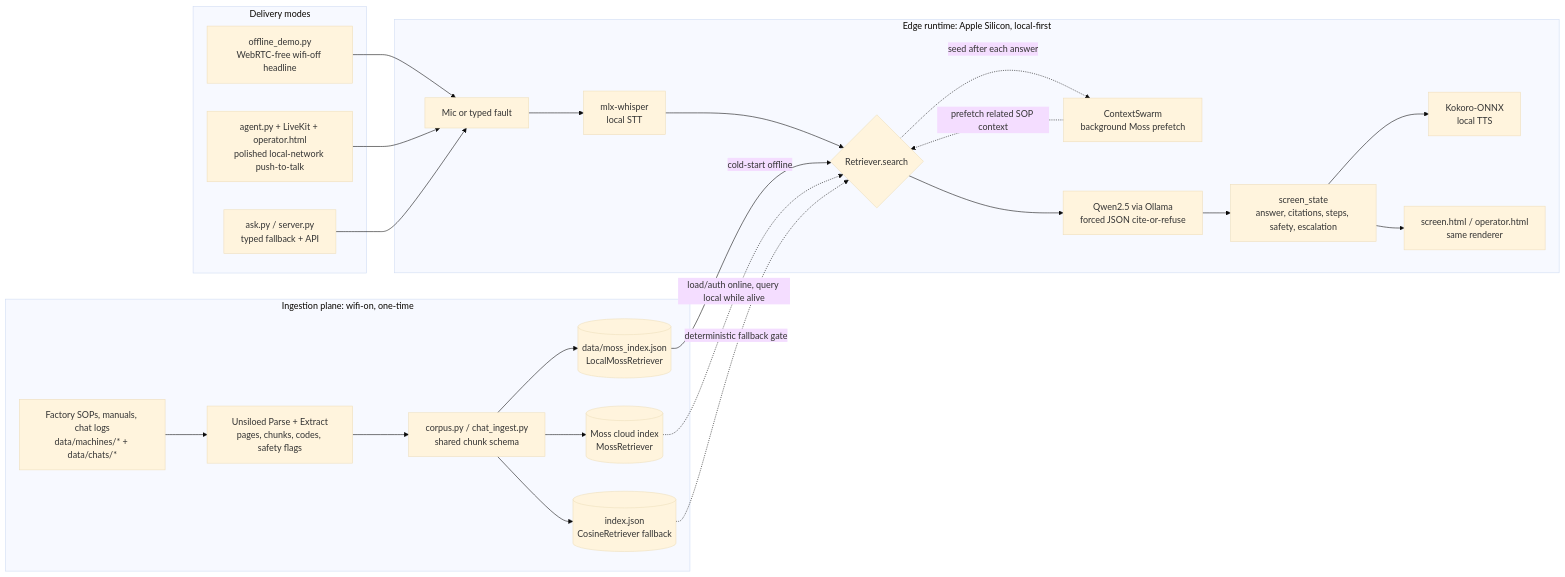
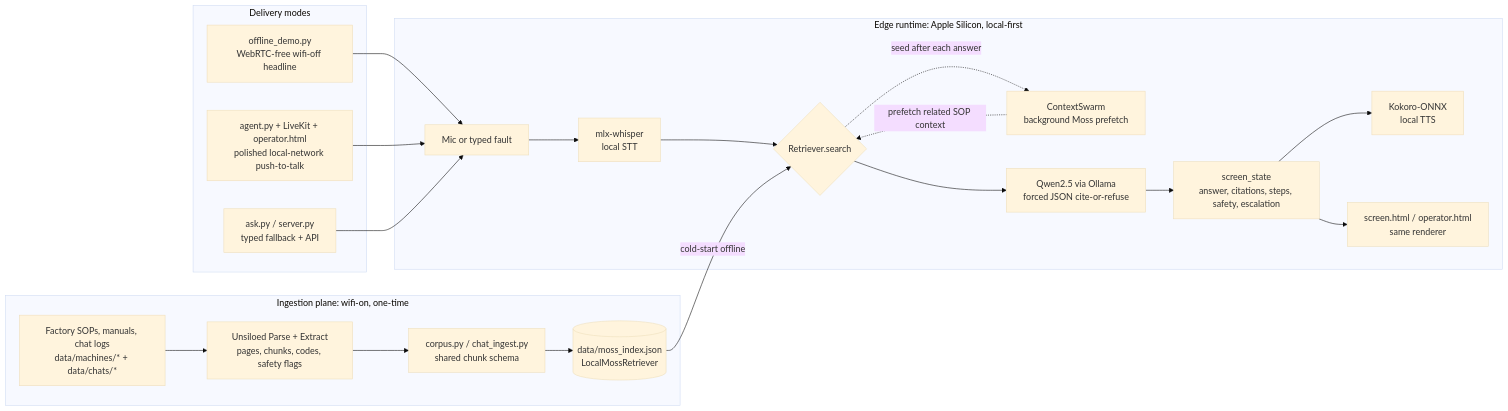
One commit to J4Joshua/manuaI changed the diagram in README.md. Above: the diagram before and after it, drawn with Mermaid (base theme).

Commit message:
update readme again

````diff
--- a/README.md
+++ b/README.md
@@ -26,44 +26,40 @@
 ```mermaid
 flowchart LR
   subgraph ING["Ingestion plane: wifi-on, one-time"]
     DOCS["Factory SOPs, manuals, chat logs<br/>data/machines/* + data/chats/*"]
     UNS["Unsiloed Parse + Extract<br/>pages, chunks, codes, safety flags"]
     CORPUS["corpus.py / chat_ingest.py<br/>shared chunk schema"]
     DOCS --> UNS --> CORPUS
     CORPUS --> LOCAL_MOSS[("data/moss_index.json<br/>LocalMossRetriever")]
-    CORPUS --> CLOUD_MOSS[("Moss cloud index<br/>MossRetriever")]
-    CORPUS --> COSINE[("index.json<br/>CosineRetriever fallback")]
   end
 
   subgraph EDGE["Edge runtime: Apple Silicon, local-first"]
     MIC["Mic or typed fault"]
     STT["mlx-whisper<br/>local STT"]
     RETRIEVE{"Retriever.search"}
     SWARM["ContextSwarm<br/>background Moss prefetch"]
     QWEN["Qwen2.5 via Ollama<br/>forced JSON cite-or-refuse"]
     STATE["screen_state<br/>answer, citations, steps, safety, escalation"]
     TTS["Kokoro-ONNX<br/>local TTS"]
     SCREEN["screen.html / operator.html<br/>same renderer"]
 
     MIC --> STT --> RETRIEVE
     RETRIEVE --> QWEN --> STATE
     STATE --> TTS
     STATE --> SCREEN
     SWARM -. "prefetch related SOP context" .-> RETRIEVE
     RETRIEVE -. "seed after each answer" .-> SWARM
   end
 
   subgraph MODES["Delivery modes"]
     OFF["offline_demo.py<br/>WebRTC-free wifi-off headline"]
     LK["agent.py + LiveKit + operator.html<br/>polished local-network push-to-talk"]
     CLI["ask.py / server.py<br/>typed fallback + API"]
   end
 
   LOCAL_MOSS -->|"cold-start offline"| RETRIEVE
-  CLOUD_MOSS -. "load/auth online, query local while alive" .-> RETRIEVE
-  COSINE -. "deterministic fallback gate" .-> RETRIEVE
 
   OFF --> MIC
   LK --> MIC
   CLI --> MIC
 ```
````
